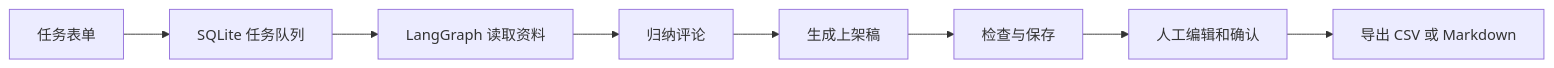
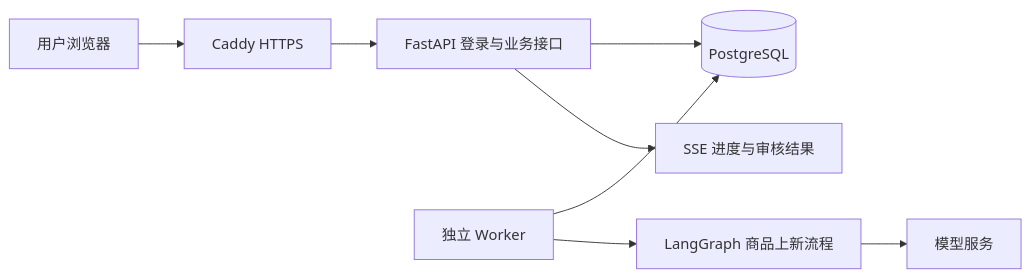
The diagram in README.md (sir-svg/crossborder-launch-studio), drawn with Mermaid before and after one commit. The commit also changed other lines of this file and 30 other files, not shown here.

Commit message:
Add team workspaces, independent review and recoverable PostgreSQL jobs

````diff
--- a/README.md
+++ b/README.md
@@ -32,10 +57,10 @@
-```mermaid
+~~~mermaid
 flowchart LR
-    UI[任务表单] --> Q[SQLite 任务队列]
-    Q --> L[LangGraph 读取资料]
-    L --> R[归纳评论]
-    R --> D[生成上架稿]
-    D --> C[检查与保存]
-    C --> A[人工编辑和确认]
-    A --> E[导出 CSV 或 Markdown]
-```
+    H[用户浏览器] --> C[Caddy HTTPS]
+    C --> A[FastAPI 登录与业务接口]
+    A --> P[(PostgreSQL)]
+    W[独立 Worker] --> P
+    W --> G[LangGraph 商品上新流程]
+    G --> M[模型服务]
+    A --> S[SSE 进度与审核结果]
+~~~
````
